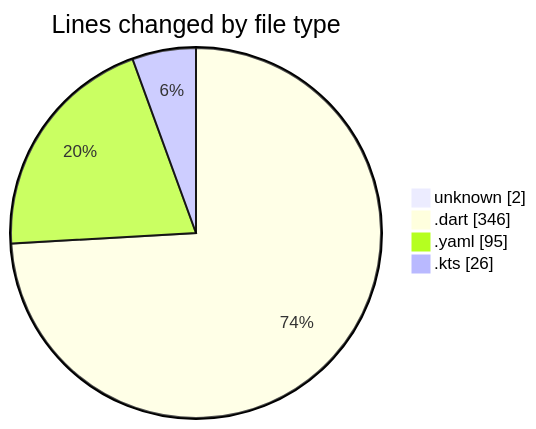
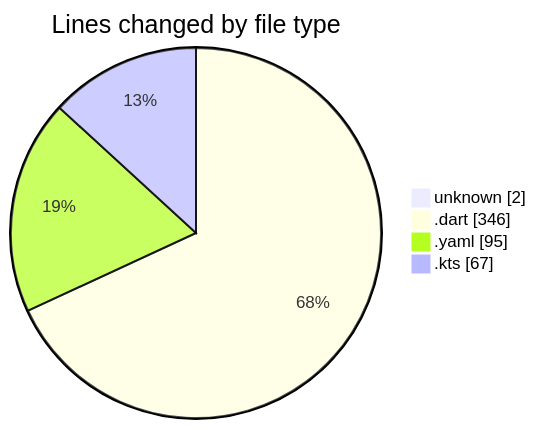
The first of 2 diagrams in 2025-10-19/weather_insights_app/README.md (donsfak/code-tracking), drawn with Mermaid before and after one commit. The commit also changed other lines of this file and 1 other file, not shown here.

````diff
--- a/2025-10-19/weather_insights_app/README.md
+++ b/2025-10-19/weather_insights_app/README.md
@@ -27,8 +27,8 @@
 ```mermaid
 pie showData
 title Lines changed by file type
 "unknown" : 2
 ".dart" : 346
 ".yaml" : 95
-".kts" : 26
+".kts" : 67
 ```
````
